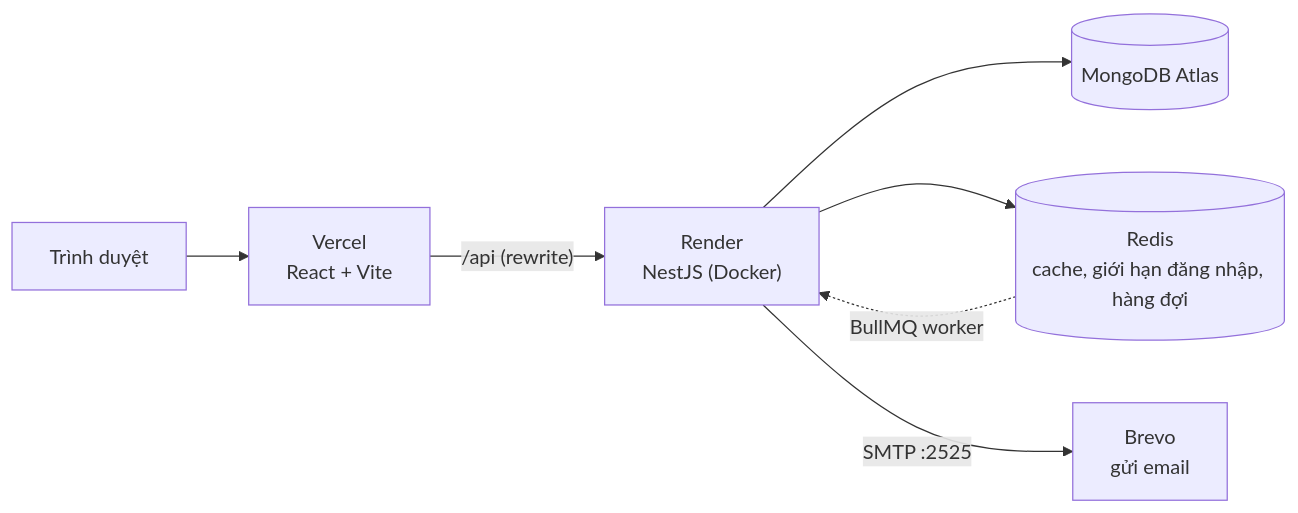
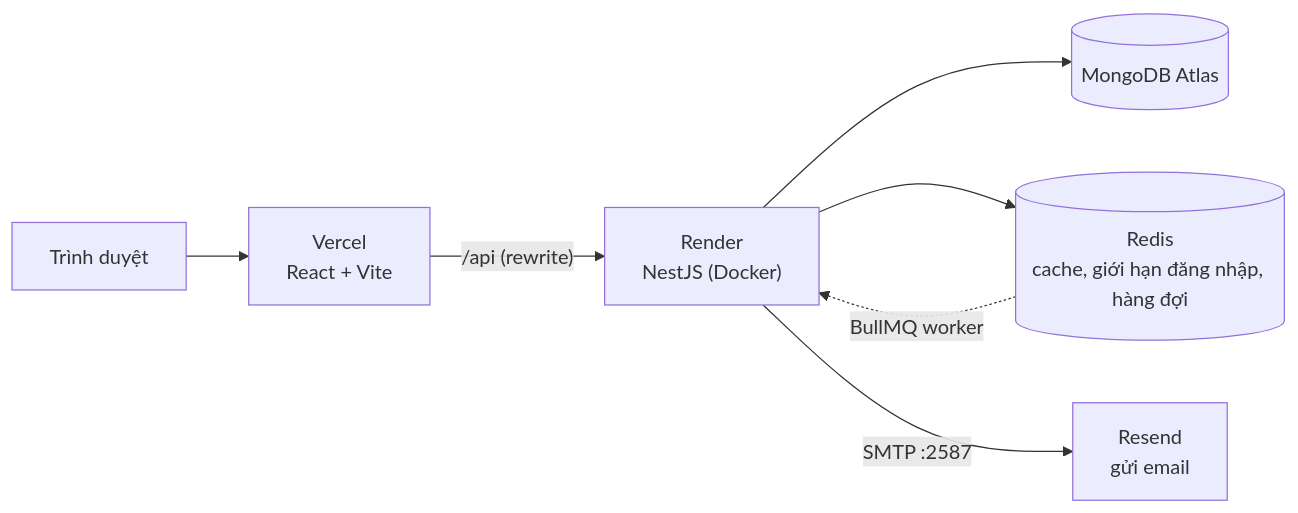
Before and after one commit to HiruDuce/job-recruitment: the diagram in README.md, drawn with Mermaid. The commit also changed other lines of this file, not shown here.

First line of the commit message:
docs: switch email provider in README from Brevo to Resend

````diff
--- a/README.md
+++ b/README.md
@@ -37,9 +37,9 @@
 ```mermaid
 flowchart LR
   U["Trình duyệt"] --> V["Vercel<br/>React + Vite"]
   V -->|"/api (rewrite)"| R["Render<br/>NestJS (Docker)"]
   R --> M[("MongoDB Atlas")]
   R --> C[("Redis<br/>cache, giới hạn đăng nhập, hàng đợi")]
   C -.->|"BullMQ worker"| R
-  R -->|"SMTP :2525"| B["Brevo<br/>gửi email"]
+  R -->|"SMTP :2587"| B["Resend<br/>gửi email"]
 ```
````
